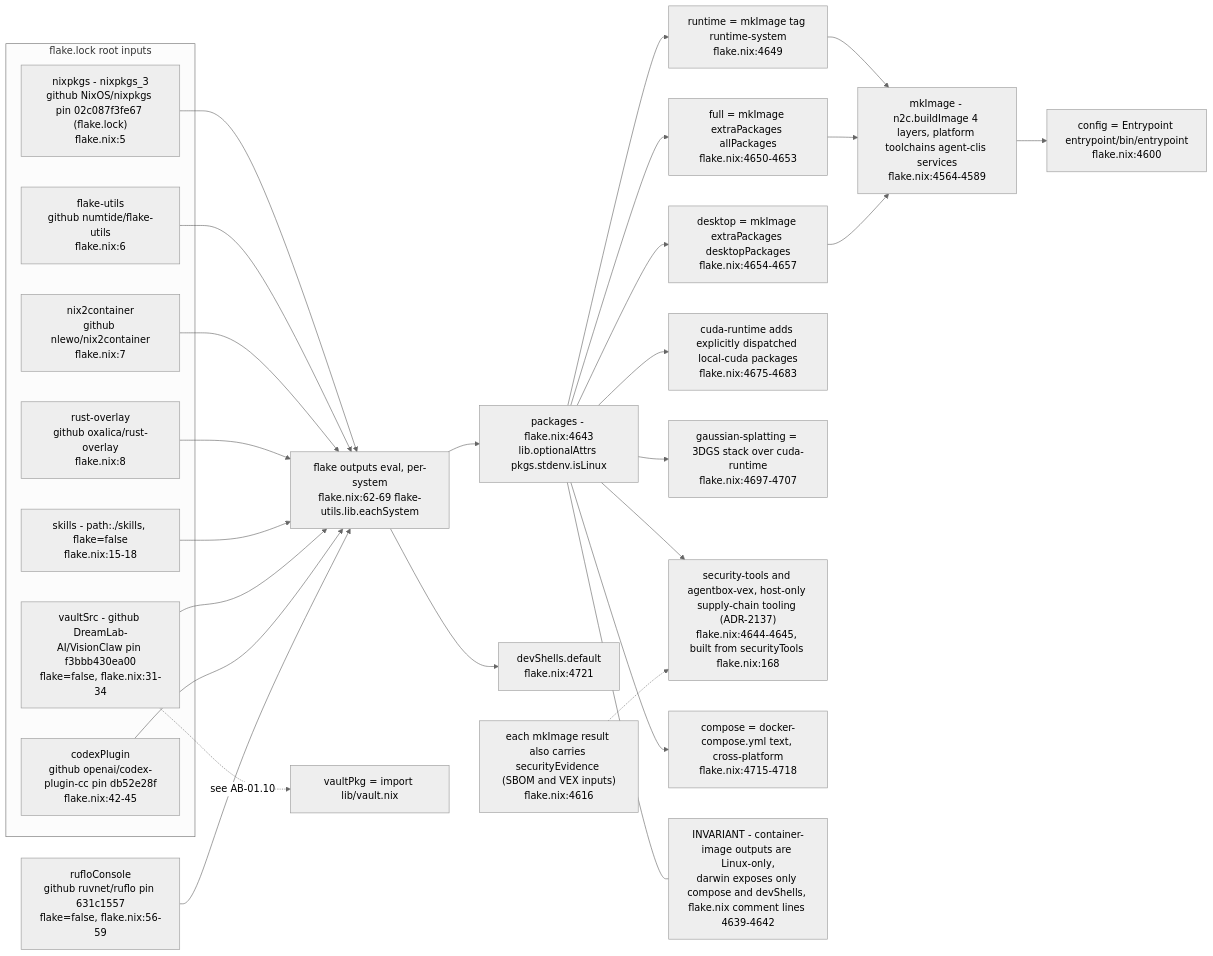
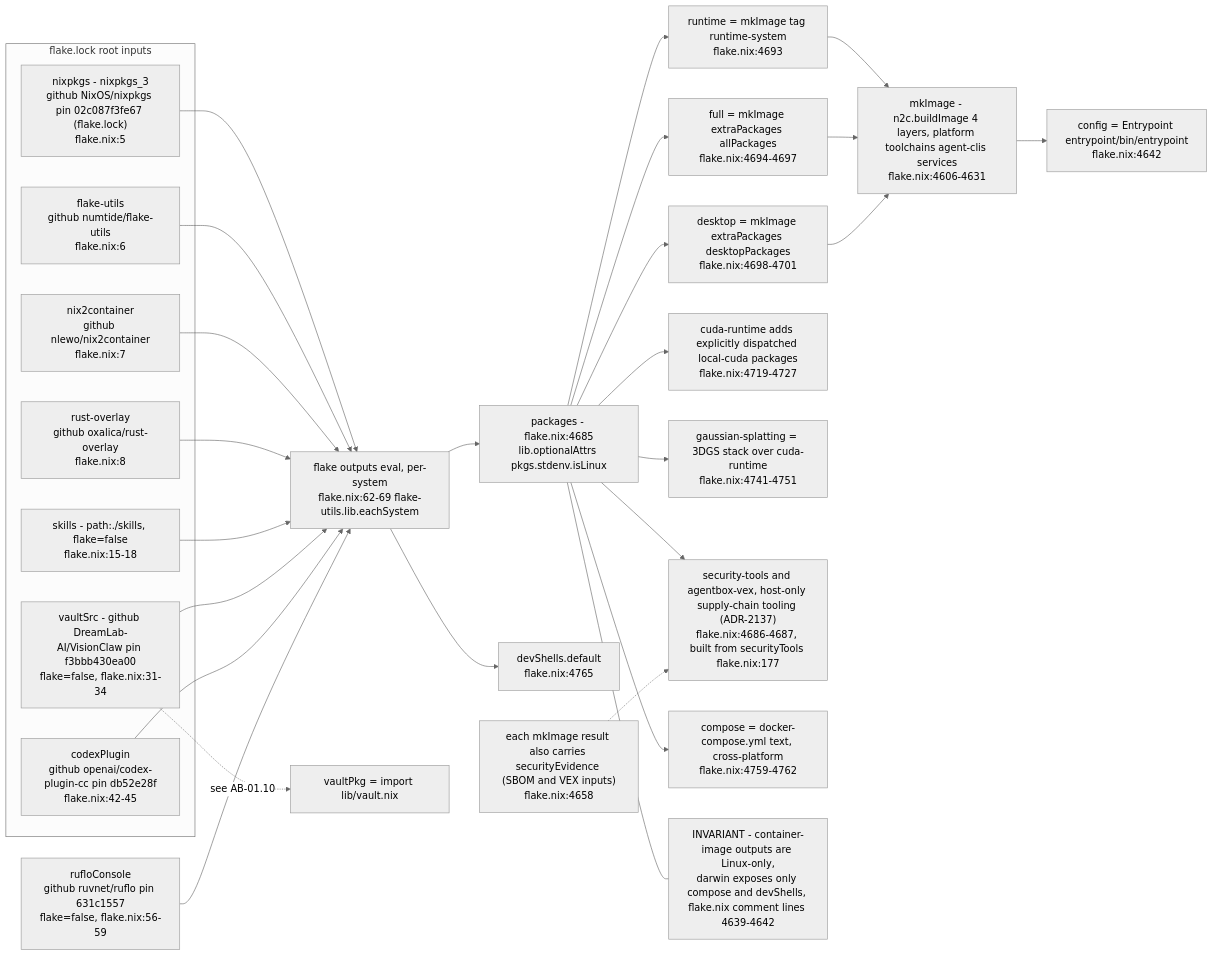
The eighth of 10 diagrams in docs/diagrams/agentbox/01-nix-flake-composition.md (DreamLab-AI/VisionFlow), drawn with Mermaid (neutral theme) before and after one commit. The commit also changed other lines of this file and 36 other files, not shown here.

First line of the commit message:
docs(diagrams): re-derive and re-stamp agentbox, dream-engine, visioncraft, visiontouch and vowl topics; drop LAN addresses

````diff
--- a/docs/diagrams/agentbox/01-nix-flake-composition.md
+++ b/docs/diagrams/agentbox/01-nix-flake-composition.md
@@ -388,44 +388,44 @@
 ```mermaid
 flowchart LR
     subgraph INPUTS["flake.lock root inputs"]
         NIXPKGS["nixpkgs - nixpkgs_3<br/>github NixOS/nixpkgs pin 02c087f3fe67 (flake.lock)<br/>flake.nix:5"]
         FU["flake-utils<br/>github numtide/flake-utils<br/>flake.nix:6"]
         N2C["nix2container<br/>github nlewo/nix2container<br/>flake.nix:7"]
         RO["rust-overlay<br/>github oxalica/rust-overlay<br/>flake.nix:8"]
         SKILLS["skills - path:./skills, flake=false<br/>flake.nix:15-18"]
         VAULTSRC["vaultSrc - github DreamLab-AI/VisionClaw pin f3bbb430ea00<br/>flake=false, flake.nix:31-34"]
         CODEX["codexPlugin<br/>github openai/codex-plugin-cc pin db52e28f<br/>flake.nix:42-45"]
     end
 
     NIXPKGS --> EVAL["flake outputs eval, per-system<br/>flake.nix:62-69 flake-utils.lib.eachSystem"]
     FU --> EVAL
     N2C --> EVAL
     RO --> EVAL
     SKILLS --> EVAL
     VAULTSRC --> EVAL
     CODEX --> EVAL
     RUFLO["rufloConsole<br/>github ruvnet/ruflo pin 631c1557<br/>flake=false, flake.nix:56-59"]
     RUFLO --> EVAL
 
-    EVAL --> PACKAGES["packages - flake.nix:4643<br/>lib.optionalAttrs pkgs.stdenv.isLinux"]
-    EVAL --> DEVSHELL["devShells.default<br/>flake.nix:4721"]
+    EVAL --> PACKAGES["packages - flake.nix:4685<br/>lib.optionalAttrs pkgs.stdenv.isLinux"]
+    EVAL --> DEVSHELL["devShells.default<br/>flake.nix:4765"]
 
-    PACKAGES --> RUNTIME["runtime = mkImage tag runtime-system<br/>flake.nix:4649"]
-    PACKAGES --> FULL["full = mkImage extraPackages allPackages<br/>flake.nix:4650-4653"]
-    PACKAGES --> DESKTOP["desktop = mkImage extraPackages desktopPackages<br/>flake.nix:4654-4657"]
-    PACKAGES --> CUDART["cuda-runtime adds explicitly dispatched local-cuda packages<br/>flake.nix:4675-4683"]
-    PACKAGES --> GSPLAT["gaussian-splatting = 3DGS stack over cuda-runtime<br/>flake.nix:4697-4707"]
-    PACKAGES --> SECTOOLS["security-tools and agentbox-vex, host-only supply-chain tooling (ADR-2137)<br/>flake.nix:4644-4645, built from securityTools flake.nix:168"]
-    MKIMG2["each mkImage result also carries securityEvidence (SBOM and VEX inputs)<br/>flake.nix:4616"] -.-> SECTOOLS
-    PACKAGES --> COMPOSE["compose = docker-compose.yml text, cross-platform<br/>flake.nix:4715-4718"]
+    PACKAGES --> RUNTIME["runtime = mkImage tag runtime-system<br/>flake.nix:4693"]
+    PACKAGES --> FULL["full = mkImage extraPackages allPackages<br/>flake.nix:4694-4697"]
+    PACKAGES --> DESKTOP["desktop = mkImage extraPackages desktopPackages<br/>flake.nix:4698-4701"]
+    PACKAGES --> CUDART["cuda-runtime adds explicitly dispatched local-cuda packages<br/>flake.nix:4719-4727"]
+    PACKAGES --> GSPLAT["gaussian-splatting = 3DGS stack over cuda-runtime<br/>flake.nix:4741-4751"]
+    PACKAGES --> SECTOOLS["security-tools and agentbox-vex, host-only supply-chain tooling (ADR-2137)<br/>flake.nix:4686-4687, built from securityTools flake.nix:177"]
+    MKIMG2["each mkImage result also carries securityEvidence (SBOM and VEX inputs)<br/>flake.nix:4658"] -.-> SECTOOLS
+    PACKAGES --> COMPOSE["compose = docker-compose.yml text, cross-platform<br/>flake.nix:4759-4762"]
 
-    RUNTIME --> MKIMG["mkImage - n2c.buildImage 4 layers, platform toolchains agent-clis services<br/>flake.nix:4564-4589"]
+    RUNTIME --> MKIMG["mkImage - n2c.buildImage 4 layers, platform toolchains agent-clis services<br/>flake.nix:4606-4631"]
     FULL --> MKIMG
     DESKTOP --> MKIMG
 
-    MKIMG --> ENTRYPOINT["config = Entrypoint entrypoint/bin/entrypoint<br/>flake.nix:4600"]
+    MKIMG --> ENTRYPOINT["config = Entrypoint entrypoint/bin/entrypoint<br/>flake.nix:4642"]
     VAULTSRC -.->|"see AB-01.10"| VAULTPKG["vaultPkg = import lib/vault.nix"]
 
     NOTE1["INVARIANT - container-image outputs are Linux-only,<br/>darwin exposes only compose and devShells, flake.nix comment lines 4639-4642"]
     PACKAGES --- NOTE1
 ```
````
